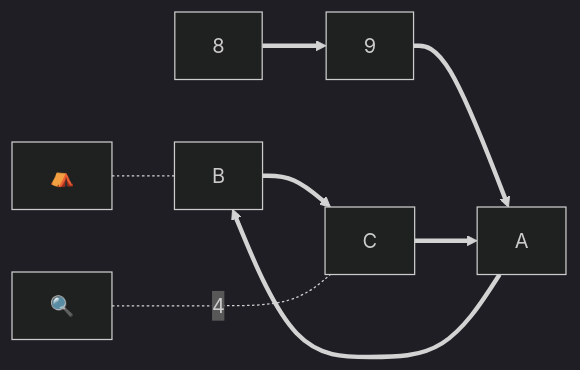
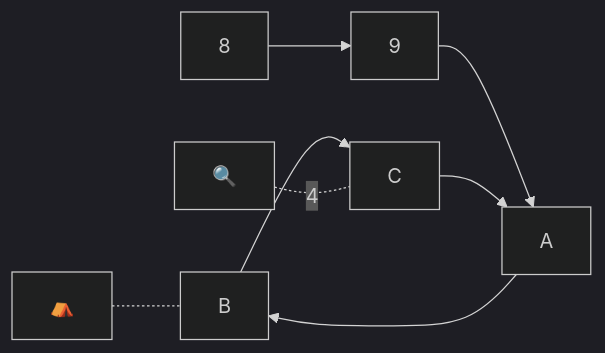
Diagram 13 of 13 in _posts/2026-02-15-nuralagus-rex.md (raganwald/raganwald.github.com), drawn with Mermaid (dark theme) before and after one commit. The commit also changed other lines of this file, not shown here.

```diff
--- a/_posts/2026-02-15-nuralagus-rex.md
+++ b/_posts/2026-02-15-nuralagus-rex.md
@@ -277,15 +277,15 @@
 <div class="mermaid">
   graph LR
     
     base["⛺️"]
     search["🔍"]
     e["8"]
     f["9"]
     g["A"]
     h["B"]
     i["C"]
 
-    e==>f==>g==>h==>i==>g
+    e-->f-->g-->h-->i-->g
     base-.-h
-    search-..-|"4"|i
+    search-.-|"4"|i
 </div>
```
